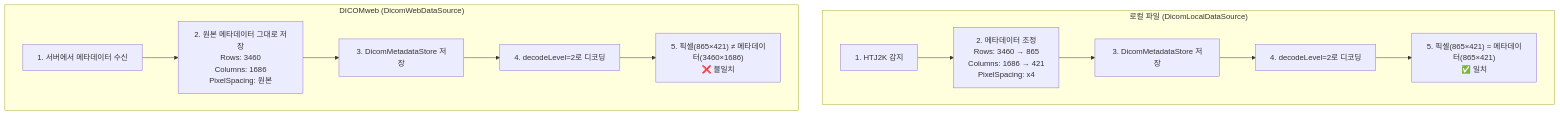
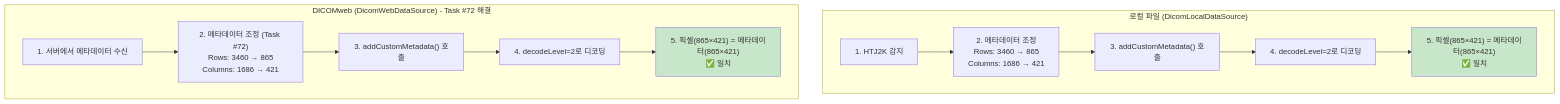
Before and after one commit to archiael/OHIF_Viewers: the eighth of 9 diagrams in document/mview-webv2-customization-analysis.md, drawn with Mermaid. The commit also changed other lines of this file and 9 other files, not shown here.

````diff
--- a/document/mview-webv2-customization-analysis.md
+++ b/document/mview-webv2-customization-analysis.md
@@ -339,22 +497,25 @@
 ```mermaid
 flowchart TB
     subgraph "로컬 파일 (DicomLocalDataSource)"
         L1["1. HTJ2K 감지"]
-        L2["2. 메타데이터 조정<br/>Rows: 3460 → 865<br/>Columns: 1686 → 421<br/>PixelSpacing: x4"]
-        L3["3. DicomMetadataStore 저장"]
+        L2["2. 메타데이터 조정<br/>Rows: 3460 → 865<br/>Columns: 1686 → 421"]
+        L3["3. addCustomMetadata() 호출"]
         L4["4. decodeLevel=2로 디코딩"]
         L5["5. 픽셀(865×421) = 메타데이터(865×421)<br/>✅ 일치"]
 
         L1 --> L2 --> L3 --> L4 --> L5
     end
 
-    subgraph "DICOMweb (DicomWebDataSource)"
+    subgraph "DICOMweb (DicomWebDataSource) - Task #72 해결"
         W1["1. 서버에서 메타데이터 수신"]
-        W2["2. 원본 메타데이터 그대로 저장<br/>Rows: 3460<br/>Columns: 1686<br/>PixelSpacing: 원본"]
-        W3["3. DicomMetadataStore 저장"]
+        W2["2. 메타데이터 조정 (Task #72)<br/>Rows: 3460 → 865<br/>Columns: 1686 → 421"]
+        W3["3. addCustomMetadata() 호출"]
         W4["4. decodeLevel=2로 디코딩"]
-        W5["5. 픽셀(865×421) ≠ 메타데이터(3460×1686)<br/>❌ 불일치"]
+        W5["5. 픽셀(865×421) = 메타데이터(865×421)<br/>✅ 일치"]
 
         W1 --> W2 --> W3 --> W4 --> W5
     end
+
+    style L5 fill:#c8e6c9
+    style W5 fill:#c8e6c9
 ```
````
